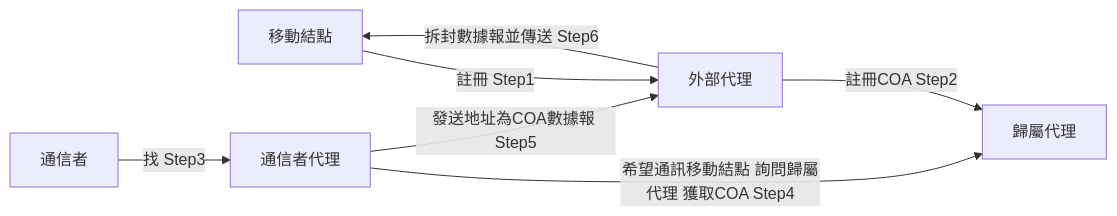
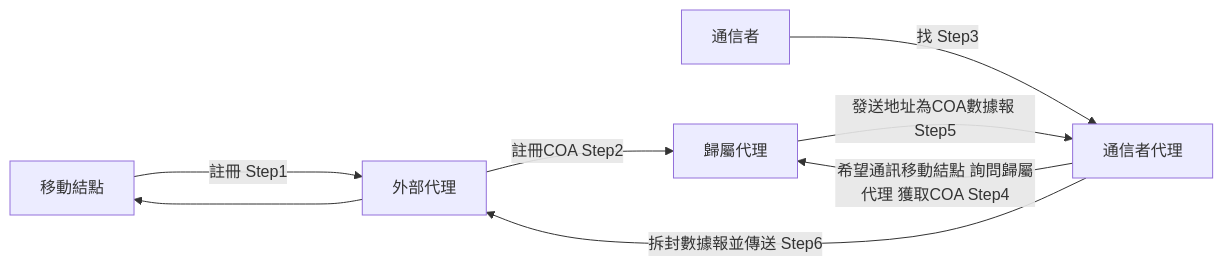
Before and after one commit to chchoiw/chchoiw.github.io: the sixth of 6 diagrams in _posts/2021-07-21-04741-internet.md, drawn with Mermaid.

````diff
--- a/_posts/2021-07-21-04741-internet.md
+++ b/_posts/2021-07-21-04741-internet.md
@@ -732,9 +732,10 @@
 ```mermaid
 graph LR
     A[移動結點] -- 註冊 Step1 -->  B[外部代理];
     B-- 註冊COA Step2-->C[歸屬代理]
     E[通信者] -- 找 Step3-->D[通信者代理]
     D -- 希望通訊移動結點 詢問歸屬代理 獲取COA Step4-->C
-    D--發送地址為COA數據報 Step5-->B
-    B-- 拆封數據報並傳送 Step6-->A
+    C--發送地址為COA數據報 Step5-->D
+    D-- 拆封數據報並傳送 Step6-->B
+    B---->A
 ```
````
